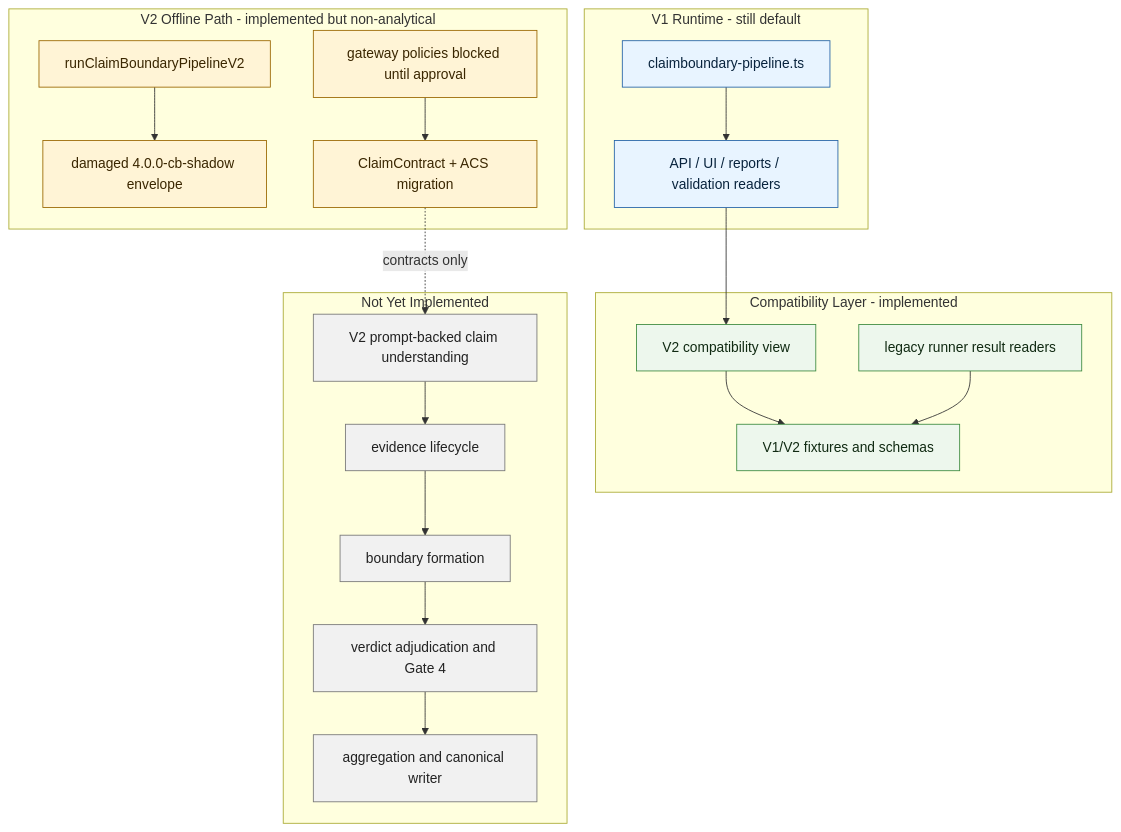
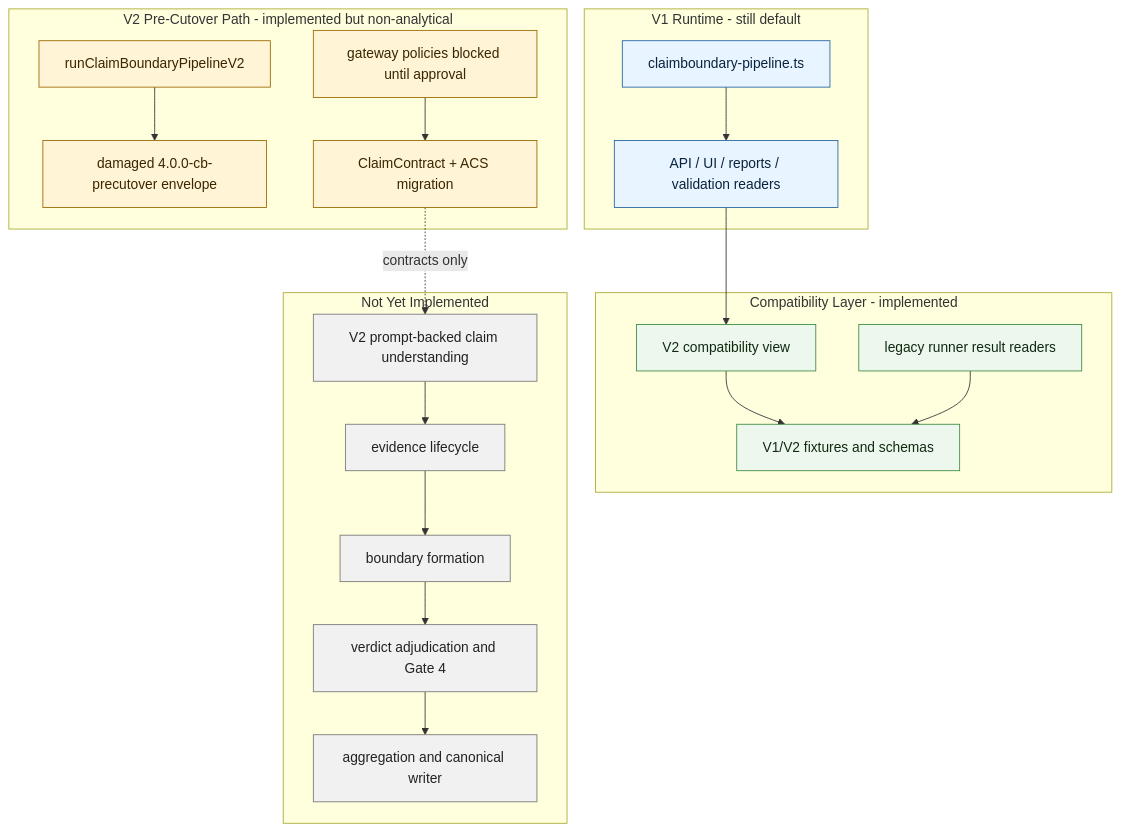
Before and after one commit to robertschaub/FactHarbor: the second of 7 diagrams in Docs/WIP/2026-05-12_Pipeline_Rebuild_Target_Specification_Draft.md, drawn with Mermaid. The commit also changed other lines of this file and 32 other files, not shown here.

````diff
--- a/Docs/WIP/2026-05-12_Pipeline_Rebuild_Target_Specification_Draft.md
+++ b/Docs/WIP/2026-05-12_Pipeline_Rebuild_Target_Specification_Draft.md
@@ -73,46 +73,46 @@
 ```mermaid
 flowchart TB
   subgraph "V1 Runtime - still default"
     V1["claimboundary-pipeline.ts"]
     API["API / UI / reports / validation readers"]
   end
 
   subgraph "Compatibility Layer - implemented"
     CV["V2 compatibility view"]
     RR["legacy runner result readers"]
     FX["V1/V2 fixtures and schemas"]
   end
 
-  subgraph "V2 Offline Path - implemented but non-analytical"
+  subgraph "V2 Pre-Cutover Path - implemented but non-analytical"
     ENTRY["runClaimBoundaryPipelineV2"]
-    ENV["damaged 4.0.0-cb-shadow envelope"]
+    ENV["damaged 4.0.0-cb-precutover envelope"]
     GW["gateway policies blocked until approval"]
     CU["ClaimContract + ACS migration"]
   end
 
   subgraph "Not Yet Implemented"
     LLM["V2 prompt-backed claim understanding"]
     EV["evidence lifecycle"]
     CAB["boundary formation"]
     VER["verdict adjudication and Gate 4"]
     AGG["aggregation and canonical writer"]
   end
 
   API --> CV
   CV --> FX
   RR --> FX
   ENTRY --> ENV
   GW --> CU
   CU -. "contracts only" .-> LLM
   LLM --> EV --> CAB --> VER --> AGG
   V1 --> API
 
   classDef live fill:#e8f4ff,stroke:#2463a7,color:#08233d
   classDef adapter fill:#edf7ed,stroke:#3d8b40,color:#102a12
   classDef offline fill:#fff4d6,stroke:#9a6700,color:#3a2600
   classDef future fill:#f1f1f1,stroke:#777,color:#222
   class V1,API live
   class CV,RR,FX adapter
   class ENTRY,ENV,GW,CU offline
   class LLM,EV,CAB,VER,AGG future
 ```
````
